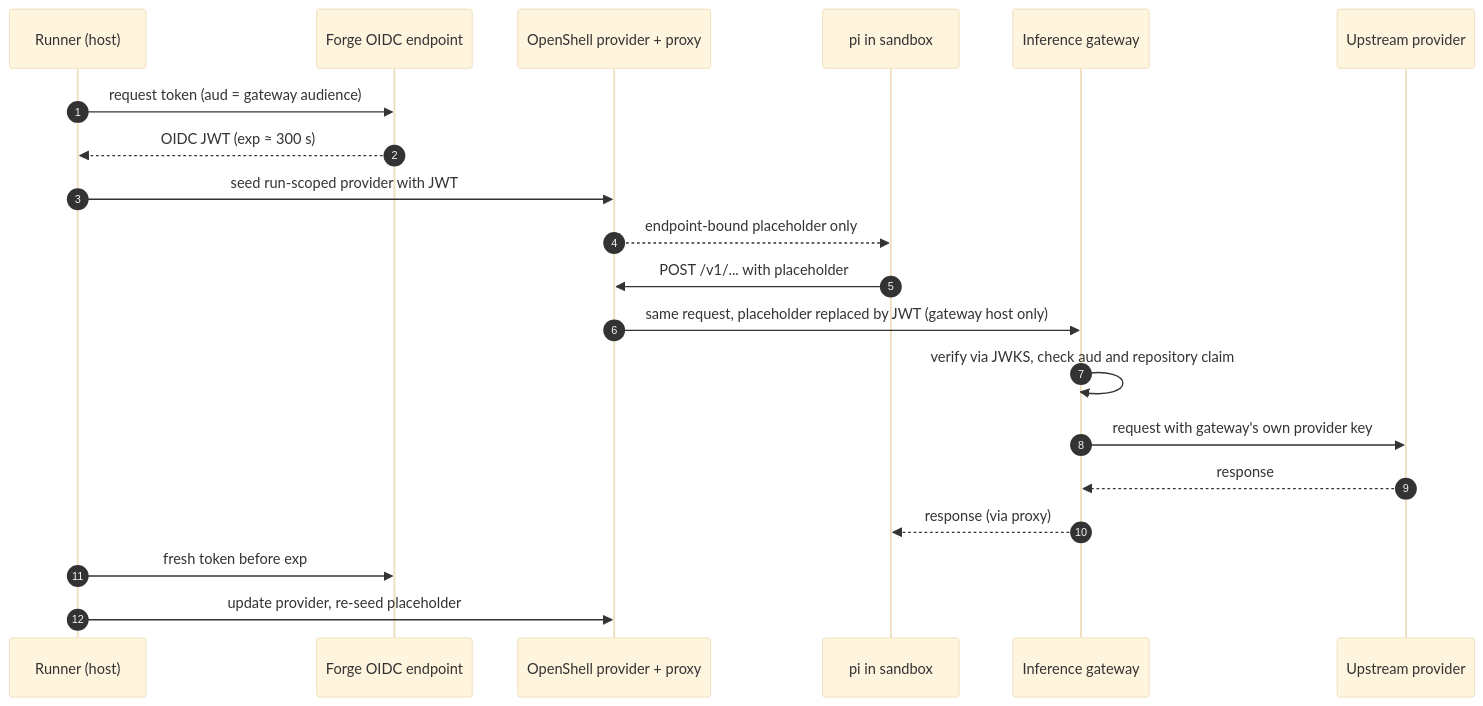
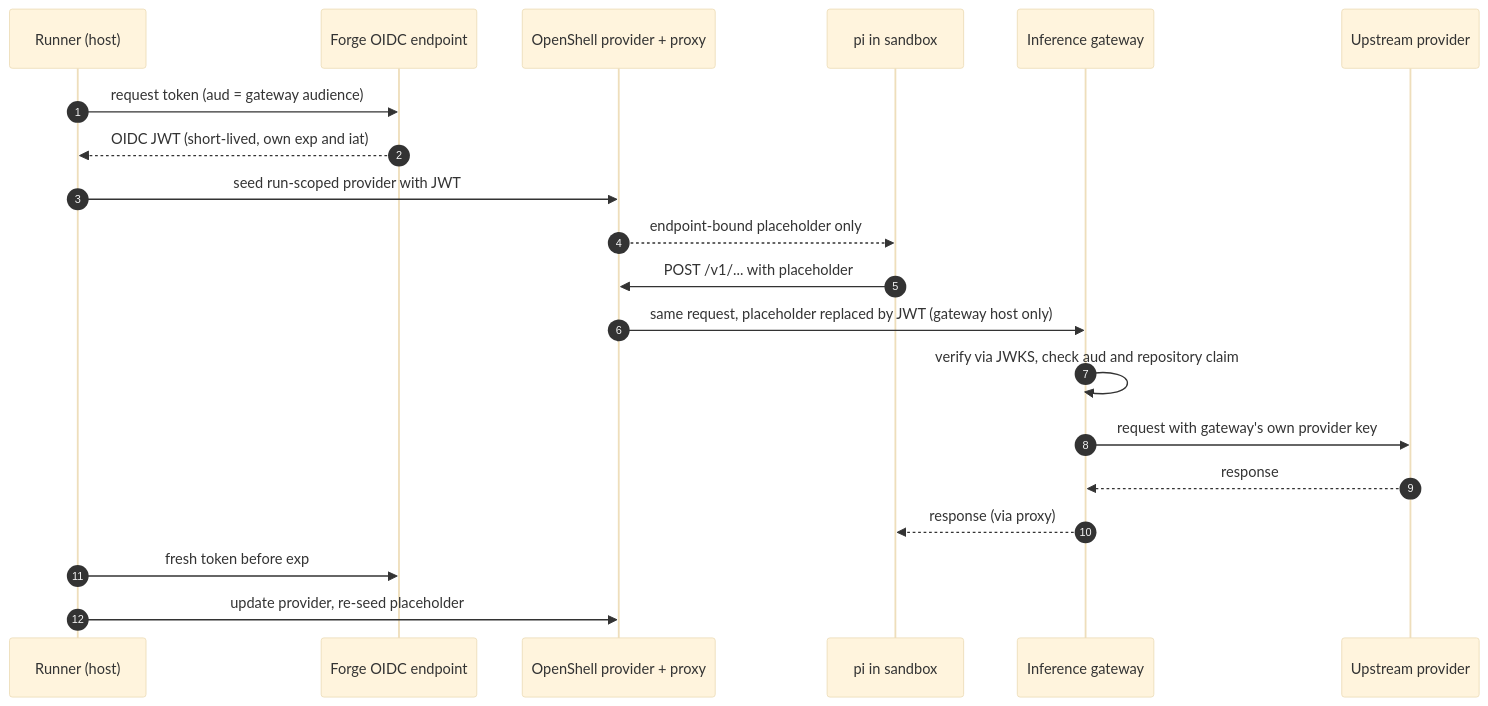
Before and after one commit to fullsend-ai/fullsend: the diagram in docs/ADRs/0137-inference-gateway-credential-route.md, drawn with Mermaid (base theme). The commit also changed other lines of this file and 2 other files, not shown here.

````diff
--- a/docs/ADRs/0137-inference-gateway-credential-route.md
+++ b/docs/ADRs/0137-inference-gateway-credential-route.md
@@ -141,22 +192,22 @@
 ```mermaid
 sequenceDiagram
     autonumber
     participant R as Runner (host)
     participant O as Forge OIDC endpoint
     participant S as OpenShell provider + proxy
     participant P as pi in sandbox
     participant G as Inference gateway
     participant U as Upstream provider
     R->>O: request token (aud = gateway audience)
-    O-->>R: OIDC JWT (exp ≈ 300 s)
+    O-->>R: OIDC JWT (short-lived, own exp and iat)
     R->>S: seed run-scoped provider with JWT
     S-->>P: endpoint-bound placeholder only
     P->>S: POST /v1/... with placeholder
     S->>G: same request, placeholder replaced by JWT (gateway host only)
     G->>G: verify via JWKS, check aud and repository claim
     G->>U: request with gateway's own provider key
     U-->>G: response
     G-->>P: response (via proxy)
     R->>O: fresh token before exp
     R->>S: update provider, re-seed placeholder
 ```
````
